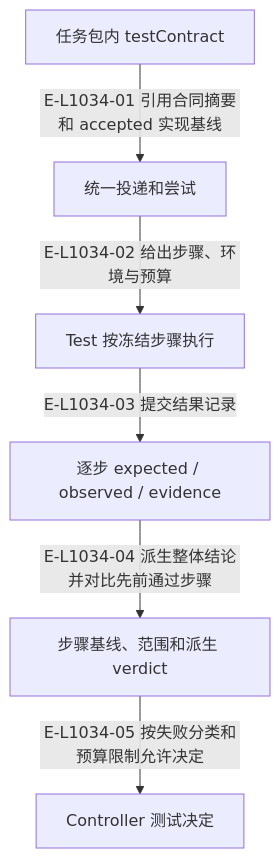
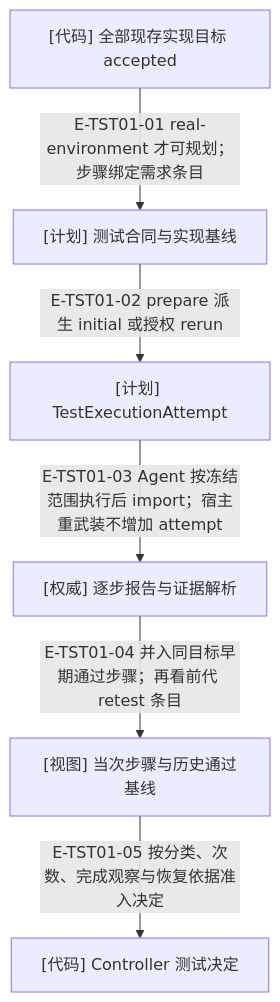
Before and after one commit to GxFn/Wakeflow: the diagram in wakeflow-architecture-atlas/maps/08-real-environment-testing/README.md, drawn with Mermaid. The commit also changed other lines of this file and 76 other files, not shown here.

First line of the commit message:
docs(atlas): refresh architecture maps for the rc.5 codebase

````diff
--- a/wakeflow-architecture-atlas/maps/08-real-environment-testing/README.md
+++ b/wakeflow-architecture-atlas/maps/08-real-environment-testing/README.md
@@ -148,16 +23,16 @@
 ```mermaid
 flowchart TB
-  accTitle: 测试合同到 Controller 决定
-  accDescr: 测试合同到 Controller 决定；箭头区分当前代码步骤、返回事实与明确的条件。
-  contract["任务包内 testContract"]
-  delivery["统一投递和尝试"]
-  test["Test 按冻结步骤执行"]
-  report["逐步 expected / observed / evidence"]
-  view["步骤基线、范围和派生 verdict"]
-  decision["Controller 测试决定"]
-  contract -->|"E-L1034-01 引用合同摘要和 accepted 实现基线"| delivery
-  delivery -->|"E-L1034-02 给出步骤、环境与预算"| test
-  test -->|"E-L1034-03 提交结果记录"| report
-  report -->|"E-L1034-04 派生整体结论并对比先前通过步骤"| view
-  view -->|"E-L1034-05 按失败分类和预算限制允许决定"| decision
+  accTitle: 冻结测试合同到独立评审
+  accDescr: 冻结测试合同到独立评审；每条关系由当前实现的调用或条件支持，错误停止与恢复保持显式。
+  A["[代码] 全部现存实现目标 accepted"]
+  B["[计划] 测试合同与实现基线"]
+  C["[计划] TestExecutionAttempt"]
+  D["[权威] 逐步报告与证据解析"]
+  F["[视图] 当次步骤与历史通过基线"]
+  H["[代码] Controller 测试决定"]
+  A -->|"E-TST01-01 real-environment 才可规划；步骤绑定需求条目"| B
+  B -->|"E-TST01-02 prepare 派生 initial 或授权 rerun"| C
+  C -->|"E-TST01-03 Agent 按冻结范围执行后 import；宿主重武装不增加 attempt"| D
+  D -->|"E-TST01-04 并入同目标早期通过步骤；再看前代 retest 条目"| F
+  F -->|"E-TST01-05 按分类、次数、完成观察与恢复依据准入决定"| H
 ```
````
